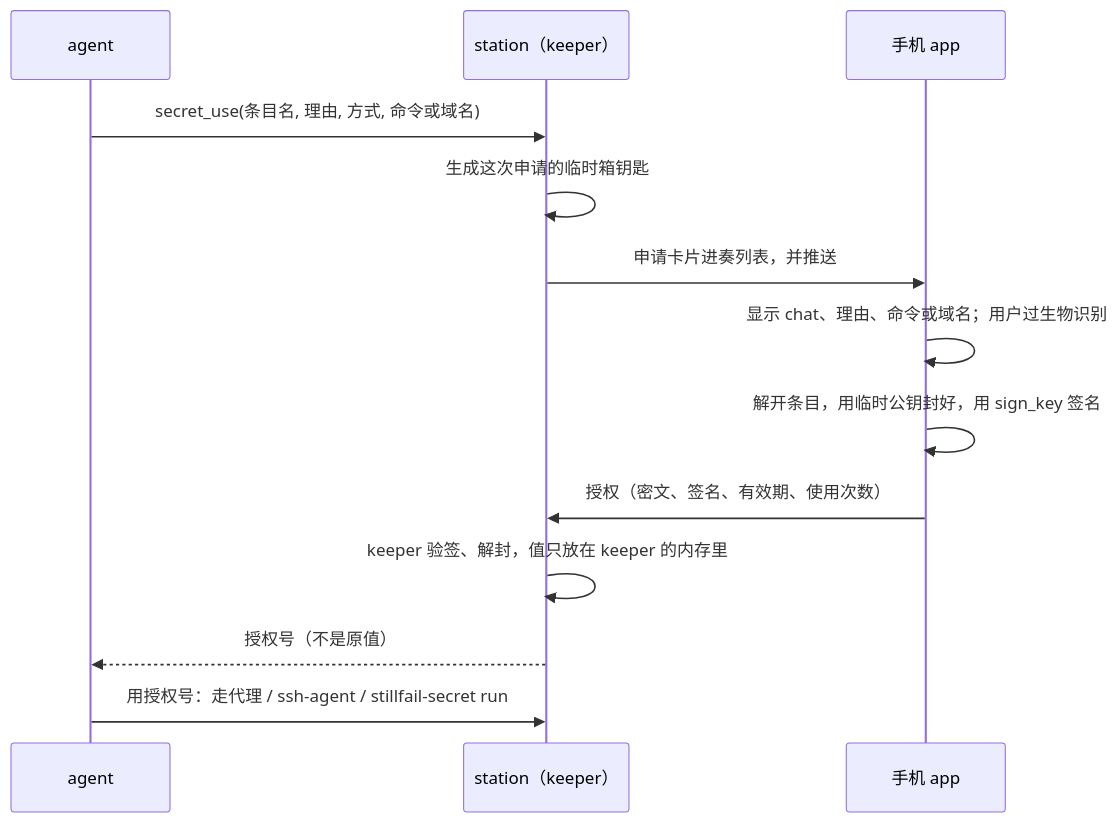
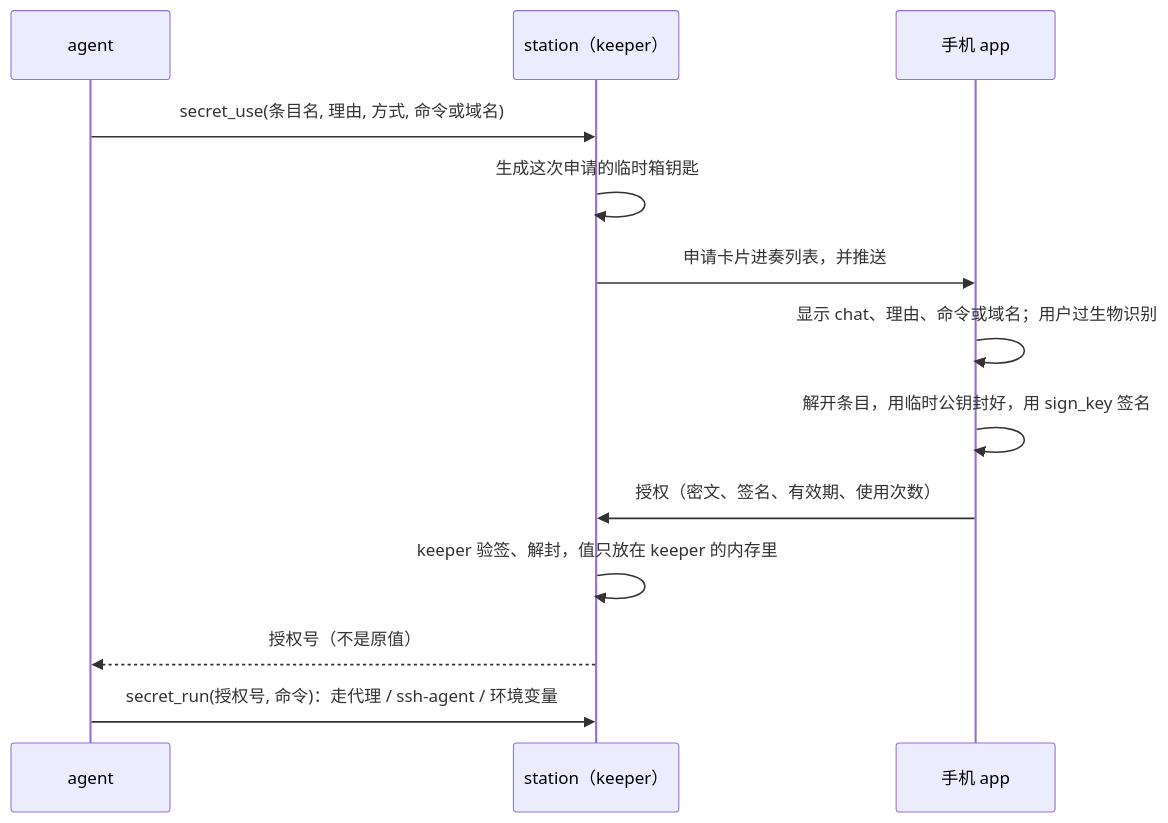
Before and after one commit to AFK-surf/still.fail: the diagram in docs/vault.md, drawn with Mermaid. The commit also changed other lines of this file, not shown here.

Commit message:
Docs: the vault's keeper as built (in the station, secret_run rather than a CLI, the card's vault field)

````diff
--- a/docs/vault.md
+++ b/docs/vault.md
@@ -72,15 +72,15 @@
 ```mermaid
 sequenceDiagram
   participant A as agent
   participant S as station（keeper）
   participant P as 手机 app
   A->>S: secret_use(条目名, 理由, 方式, 命令或域名)
   S->>S: 生成这次申请的临时箱钥匙
   S->>P: 申请卡片进奏列表，并推送
   P->>P: 显示 chat、理由、命令或域名；用户过生物识别
   P->>P: 解开条目，用临时公钥封好，用 sign_key 签名
   P->>S: 授权（密文、签名、有效期、使用次数）
   S->>S: keeper 验签、解封，值只放在 keeper 的内存里
   S-->>A: 授权号（不是原值）
-  A->>S: 用授权号：走代理 / ssh-agent / stillfail-secret run
+  A->>S: secret_run(授权号, 命令)：走代理 / ssh-agent / 环境变量
 ```
````
